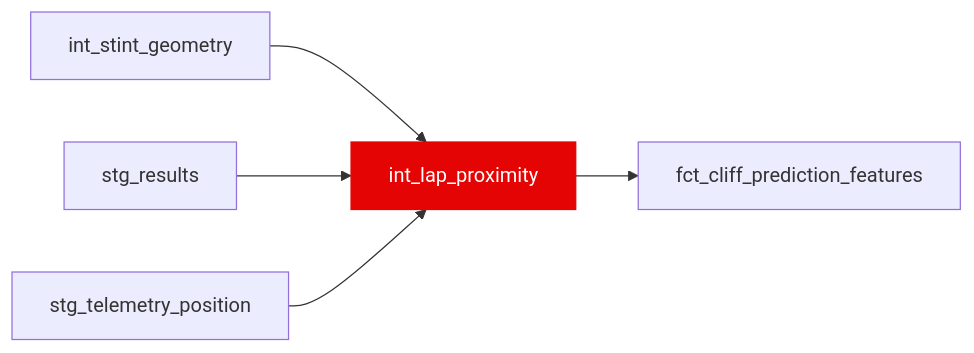
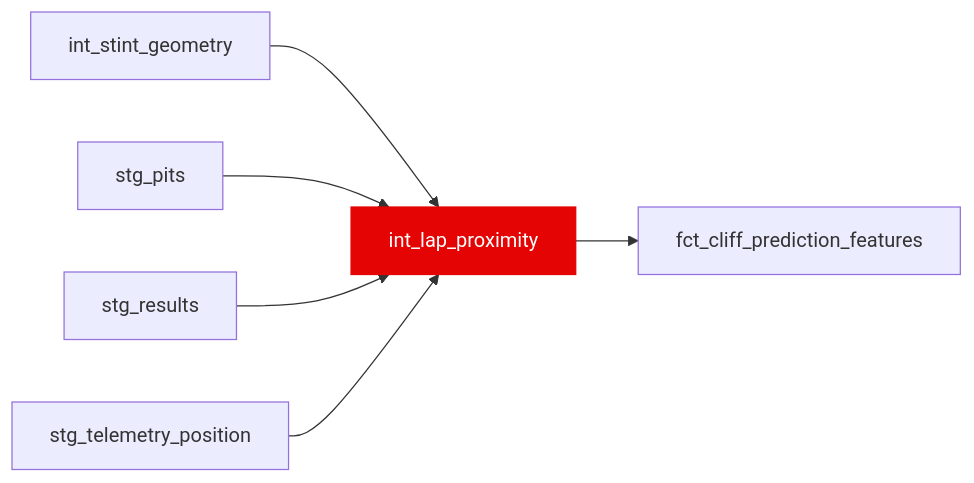
Before and after one commit to JustinClarke/off-the-pace: the diagram in docs/reference/models/int/int_lap_proximity.mdx, drawn with Mermaid. The commit also changed other lines of this file and 79 other files, not shown here.

````diff
--- a/docs/reference/models/int/int_lap_proximity.mdx
+++ b/docs/reference/models/int/int_lap_proximity.mdx
@@ -17,8 +18,9 @@
 ```mermaid
 flowchart LR
   int_stint_geometry --> int_lap_proximity
+  stg_pits --> int_lap_proximity
   stg_results --> int_lap_proximity
   stg_telemetry_position --> int_lap_proximity
   int_lap_proximity --> fct_cliff_prediction_features
   style int_lap_proximity fill:#e40404,stroke:#e40404,color:#fff
 ```
````
